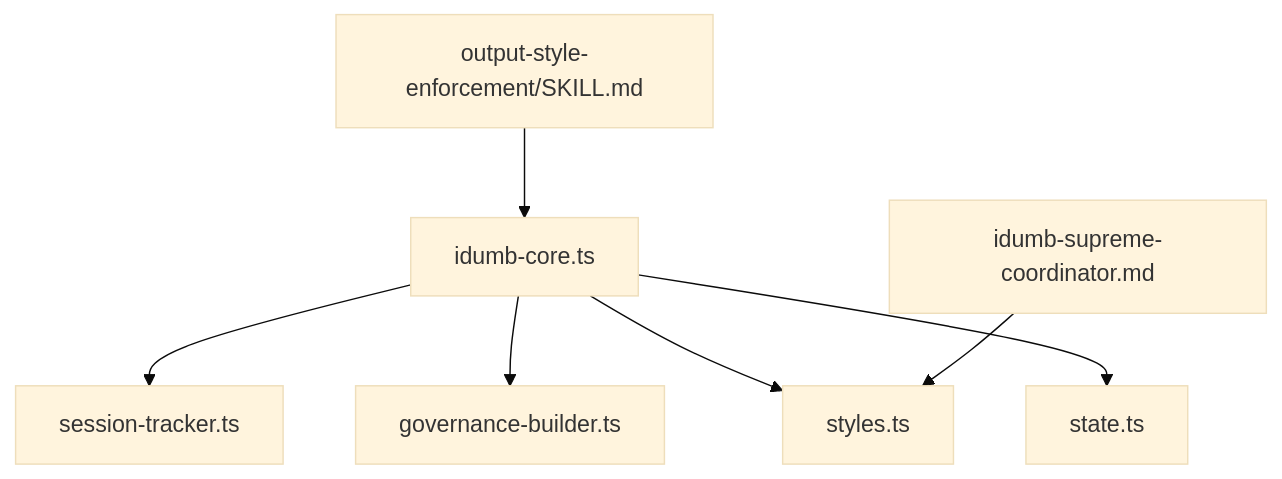
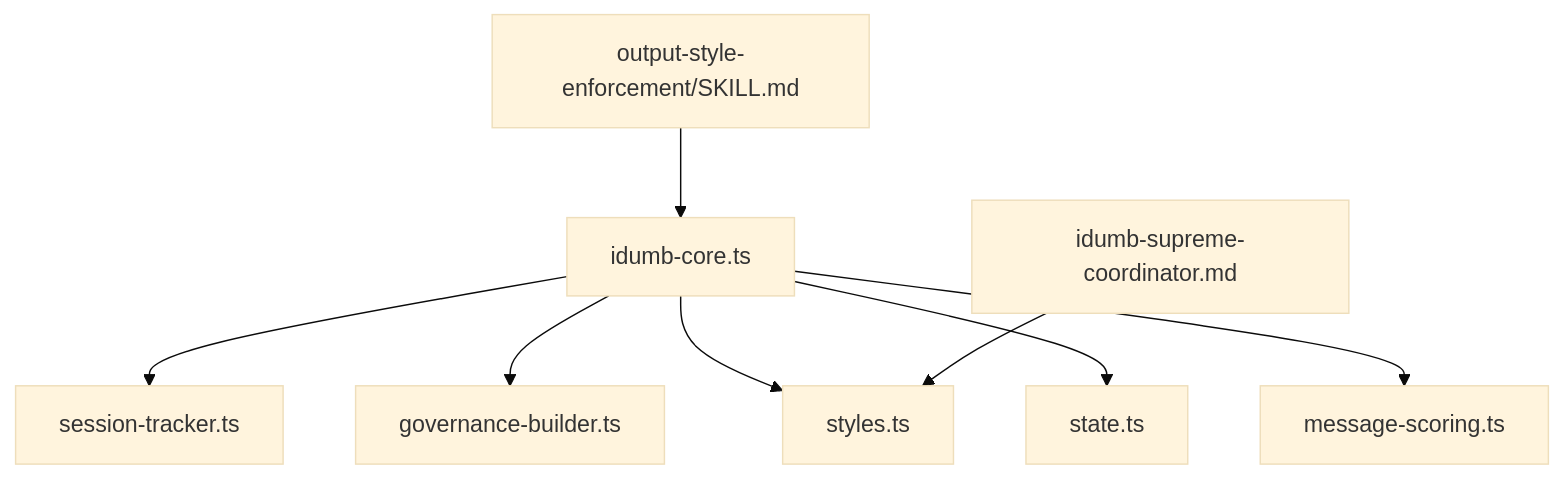
Before and after one commit to shynlee04/idumb-plugin: the tenth of 11 diagrams in .qoder/repowiki/en/content/API Reference/Plugin API/Message Transform Hooks.md, drawn with Mermaid (base theme). The commit also changed other lines of this file and 19 other files, not shown here.

````diff
--- a/.qoder/repowiki/en/content/API Reference/Plugin API/Message Transform Hooks.md
+++ b/.qoder/repowiki/en/content/API Reference/Plugin API/Message Transform Hooks.md
@@ -369,9 +528,10 @@
 ```mermaid
 graph TB
 CORE["idumb-core.ts"] --> TRACKER["session-tracker.ts"]
 CORE --> GOV["governance-builder.ts"]
 CORE --> STYLES["styles.ts"]
 CORE --> STATE["state.ts"]
+CORE --> SCORE["message-scoring.ts"]
 AG["idumb-supreme-coordinator.md"] --> STYLES
 SK["output-style-enforcement/SKILL.md"] --> CORE
 ```
````
